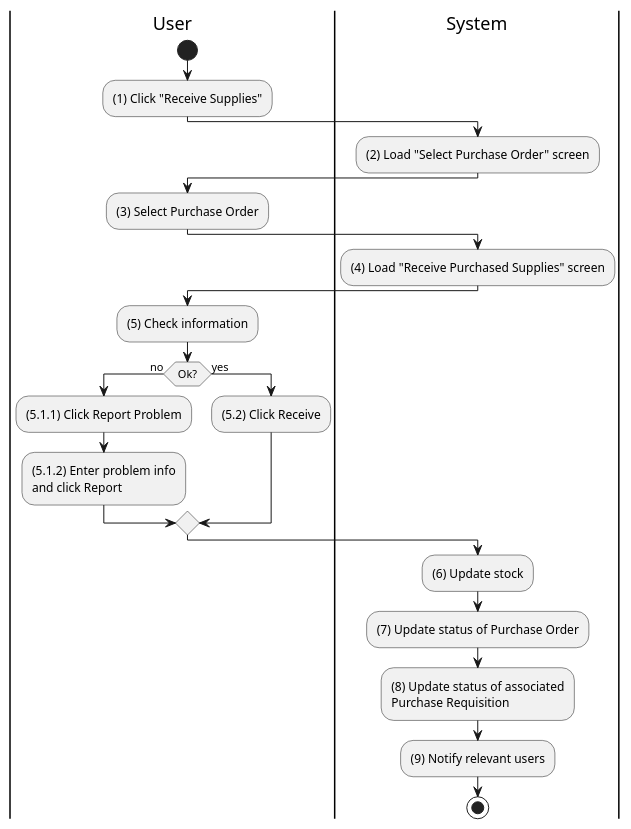
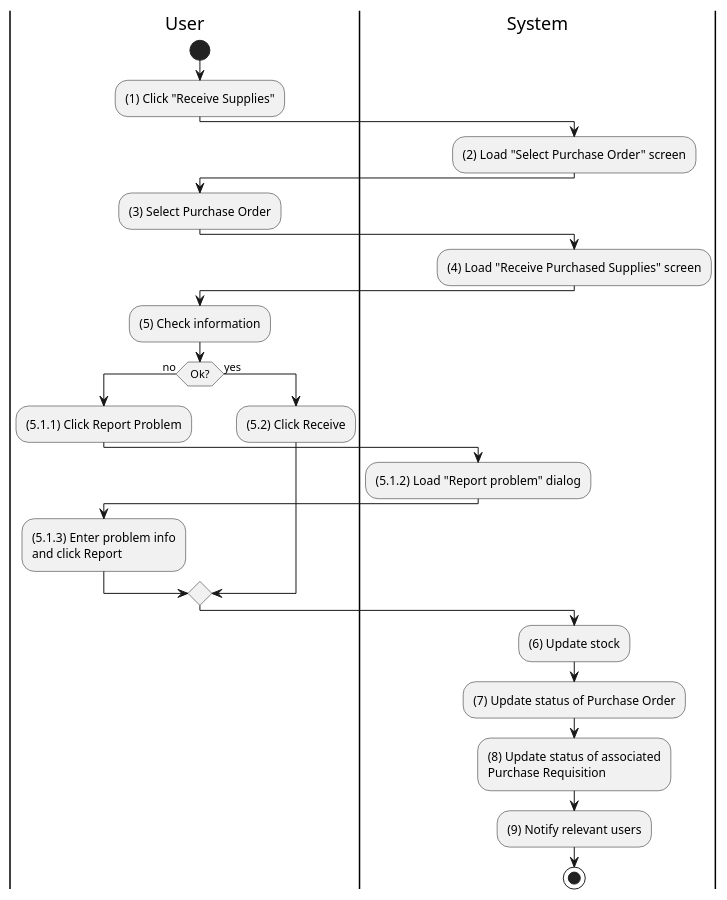
One commit to phihungha/scmss-reqs changed the diagram in activities/inventory-supply-receive.plantuml. Above: the diagram before and after it, drawn with PlantUML. The commit also changed 3 other files, not shown here.

```diff
--- a/activities/inventory-supply-receive.plantuml
+++ b/activities/inventory-supply-receive.plantuml
@@ -1,36 +1,41 @@
 @startuml inventory-supply-receive
 |u|User
 |s|System
 
 |u|
 start
 :(1) Click "Receive Supplies";
 
 |s|
 :(2) Load "Select Purchase Order" screen;
 
 |u|
 :(3) Select Purchase Order;
 
 |s|
 :(4) Load "Receive Purchased Supplies" screen;
 
 |u|
 :(5) Check information;
 
 if (Ok?) then (no)
     |u|
     :(5.1.1) Click Report Problem;
-    :(5.1.2) Enter problem info\nand click Report;
+
+    |s|
+    :(5.1.2) Load "Report problem" dialog;
+
+    |u|
+    :(5.1.3) Enter problem info\nand click Report;
 else (yes)
     |u|
     :(5.2) Click Receive;
 endif
 
 |s|
 :(6) Update stock;
 :(7) Update status of Purchase Order;
 :(8) Update status of associated\nPurchase Requisition;
 :(9) Notify relevant users;
 stop
 @enduml
```
